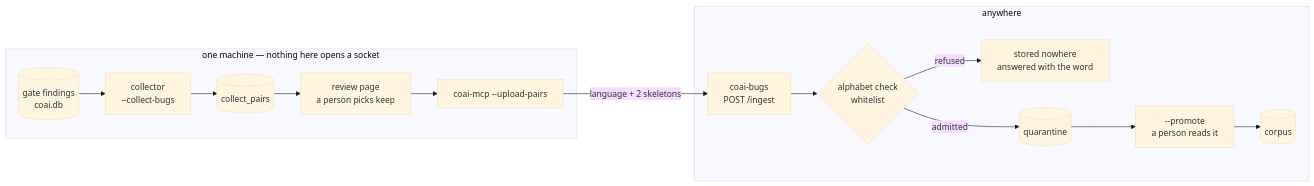
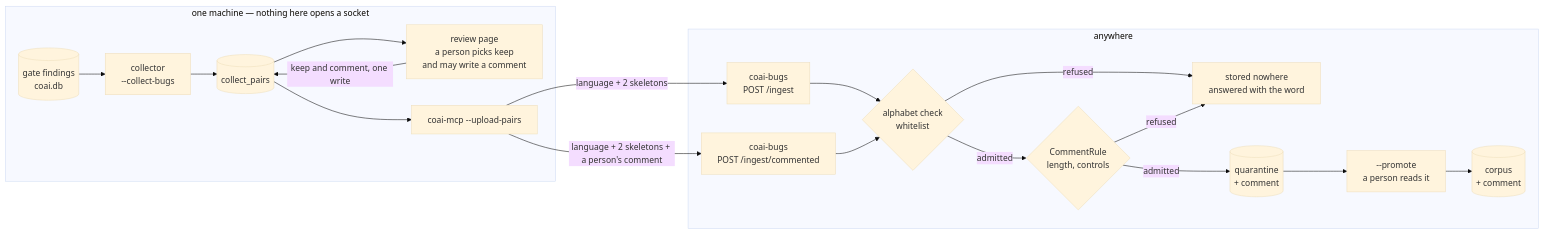
One commit to oleksandrdubyna88/dew_flow_connect_other_ais changed the sixth of 6 diagrams in research/architecture.md. Above: the diagram before and after it, drawn with Mermaid (base theme). The commit also changed other lines of this file and 16 other files, not shown here.

````diff
--- a/research/architecture.md
+++ b/research/architecture.md
@@ -806,17 +806,22 @@
 ```mermaid
 flowchart LR
     subgraph local["one machine — nothing here opens a socket"]
         findings[("gate findings<br/>coai.db")] --> collector["collector<br/>--collect-bugs"]
         collector --> pairs[("collect_pairs")]
-        pairs --> page["review page<br/>a person picks keep"]
-        page --> upload["coai-mcp --upload-pairs"]
+        pairs --> page["review page<br/>a person picks keep<br/>and may write a comment"]
+        page -- "keep and comment, one write" --> pairs
+        pairs --> upload["coai-mcp --upload-pairs"]
     end
     subgraph public["anywhere"]
         ingest["coai-bugs<br/>POST /ingest"] --> alphabet{"alphabet check<br/>whitelist"}
+        commented["coai-bugs<br/>POST /ingest/commented"] --> alphabet
         alphabet -- refused --> nowhere["stored nowhere<br/>answered with the word"]
-        alphabet -- admitted --> quarantine[("quarantine")]
+        alphabet -- admitted --> rule{"CommentRule<br/>length, controls"}
+        rule -- refused --> nowhere
+        rule -- admitted --> quarantine[("quarantine<br/>+ comment")]
         quarantine --> promote["--promote<br/>a person reads it"]
-        promote --> corpus[("corpus")]
+        promote --> corpus[("corpus<br/>+ comment")]
     end
     upload -- "language + 2 skeletons" --> ingest
+    upload -- "language + 2 skeletons + a person's comment" --> commented
 ```
````
